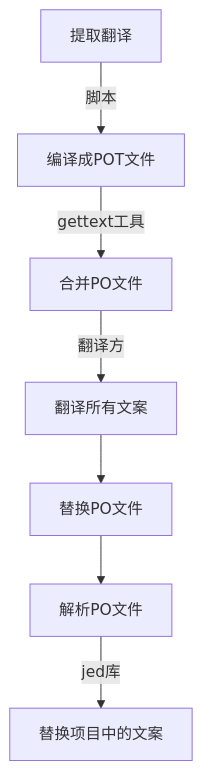
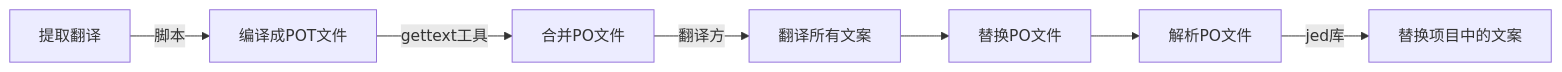
The third of 3 diagrams in 翻译方案.md (Dwenyuan/gettext-box), drawn with Mermaid before and after one commit. The commit also changed other lines of this file, not shown here.

````diff
--- a/翻译方案.md
+++ b/翻译方案.md
@@ -67,9 +98,9 @@
 ```mermaid
-graph TB;
+graph LR;
     提取翻译--脚本-->编译成POT文件;
     编译成POT文件--gettext工具-->合并PO文件;
     合并PO文件--翻译方-->翻译所有文案;
     翻译所有文案-->替换PO文件;
     替换PO文件-->解析PO文件;
     解析PO文件-- jed库 -->替换项目中的文案;
 ```
````
